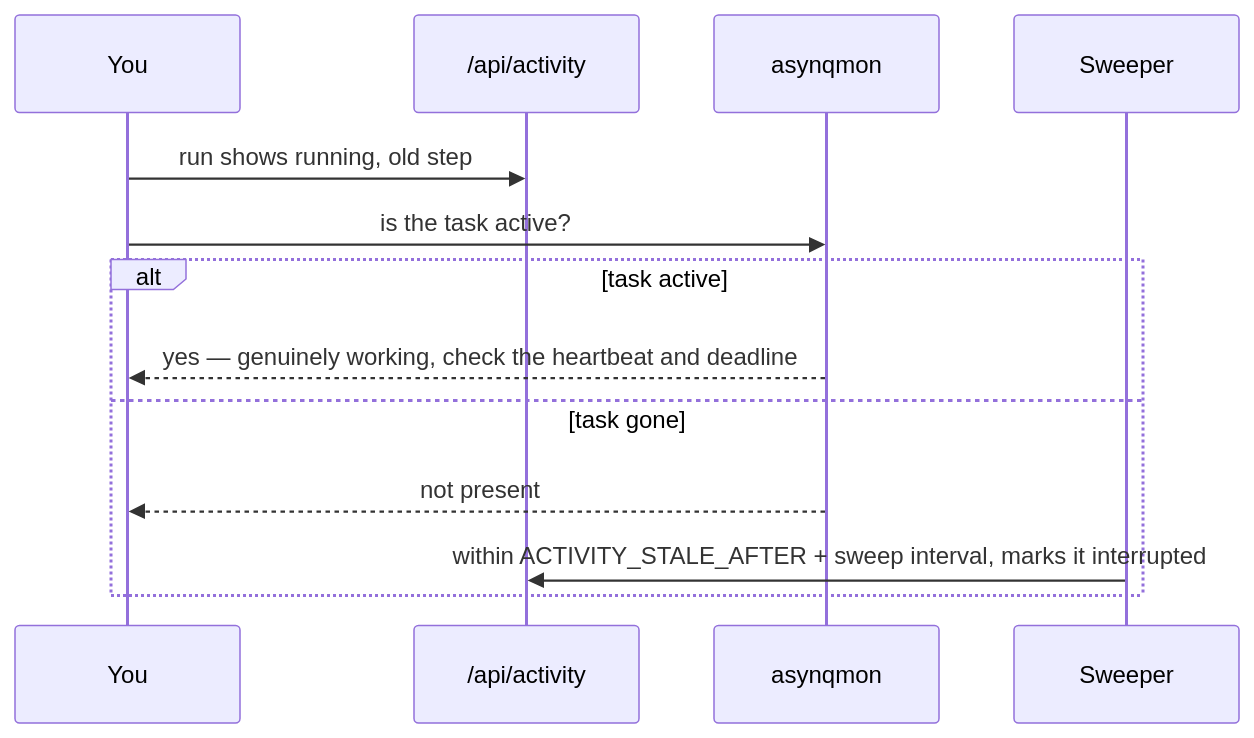
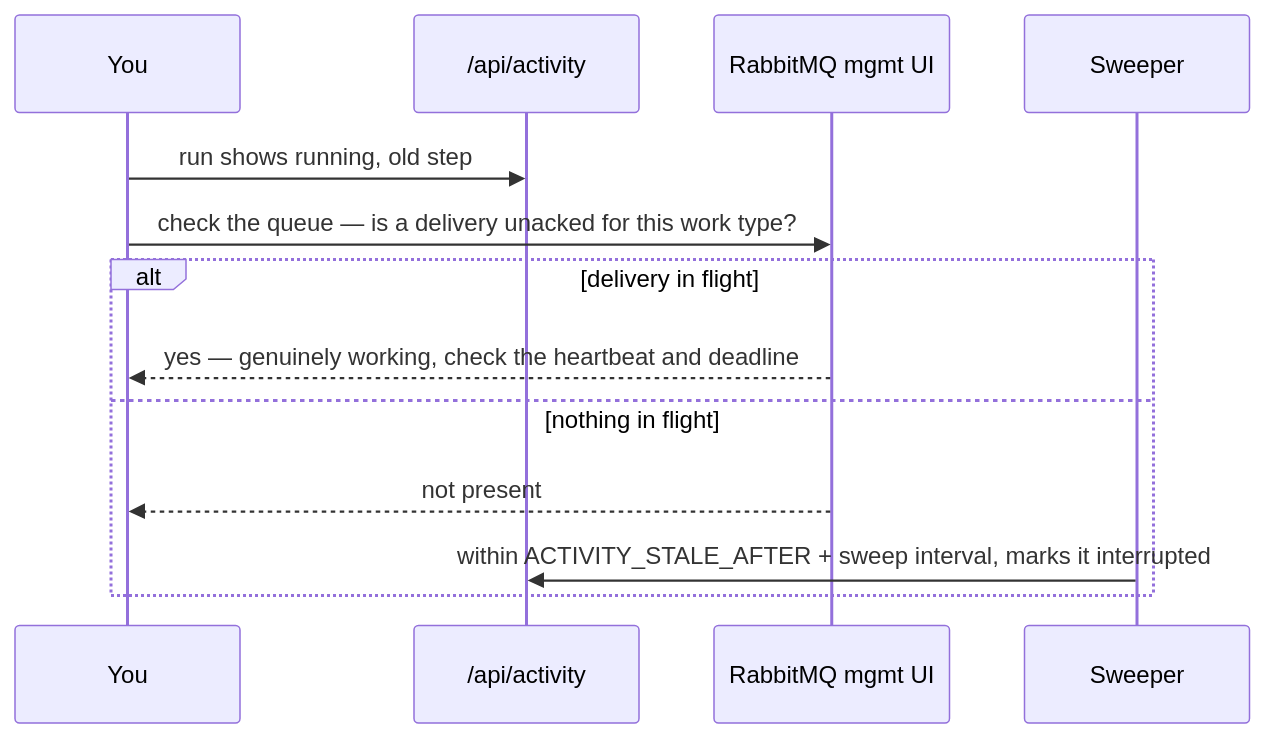
One commit to nonamecat19/job-finder changed the third of 3 diagrams in docs/docs/async/monitoring.md. Above: the diagram before and after it, drawn with Mermaid. The commit also changed other lines of this file and 13 other files, not shown here.

````diff
--- a/docs/docs/async/monitoring.md
+++ b/docs/docs/async/monitoring.md
@@ -99,15 +94,15 @@
 ```mermaid
 sequenceDiagram
     participant You
     participant AR as /api/activity
-    participant AM as asynqmon
+    participant MU as RabbitMQ mgmt UI
     participant SW as Sweeper
     You->>AR: run shows running, old step
-    You->>AM: is the task active?
-    alt task active
-        AM-->>You: yes — genuinely working, check the heartbeat and deadline
-    else task gone
-        AM-->>You: not present
+    You->>MU: check the queue — is a delivery unacked for this work type?
+    alt delivery in flight
+        MU-->>You: yes — genuinely working, check the heartbeat and deadline
+    else nothing in flight
+        MU-->>You: not present
         SW->>AR: within ACTIVITY_STALE_AFTER + sweep interval, marks it interrupted
     end
 ```
````
